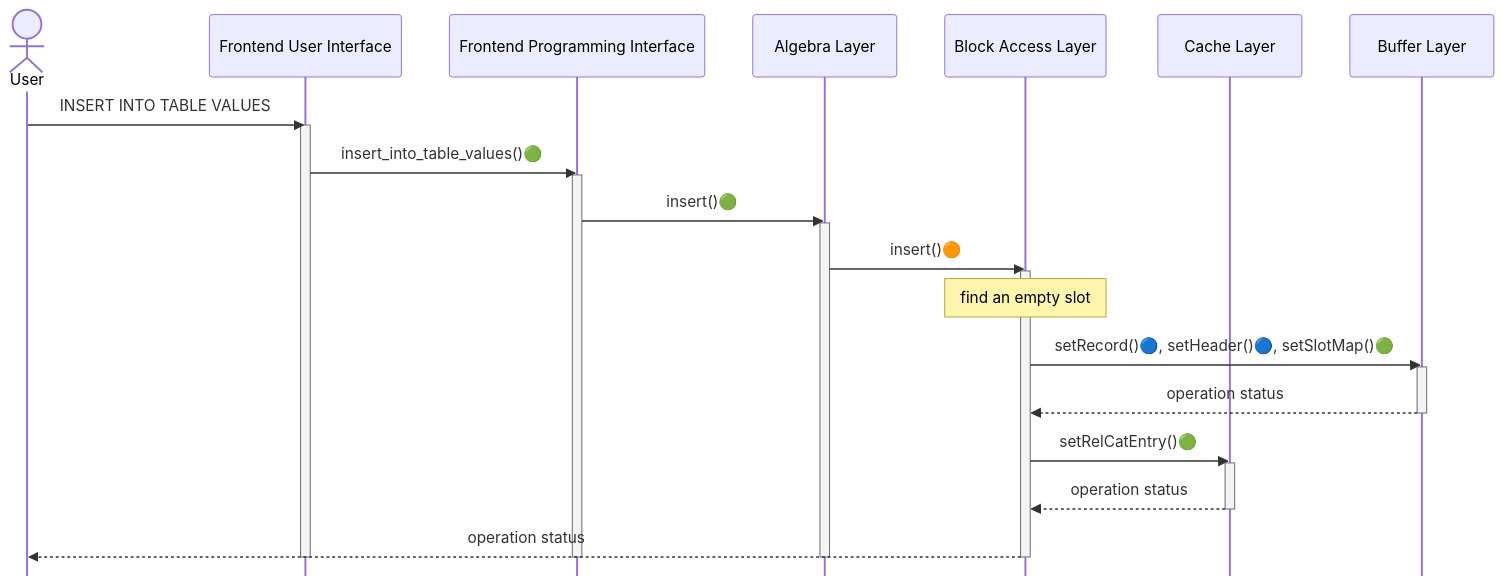
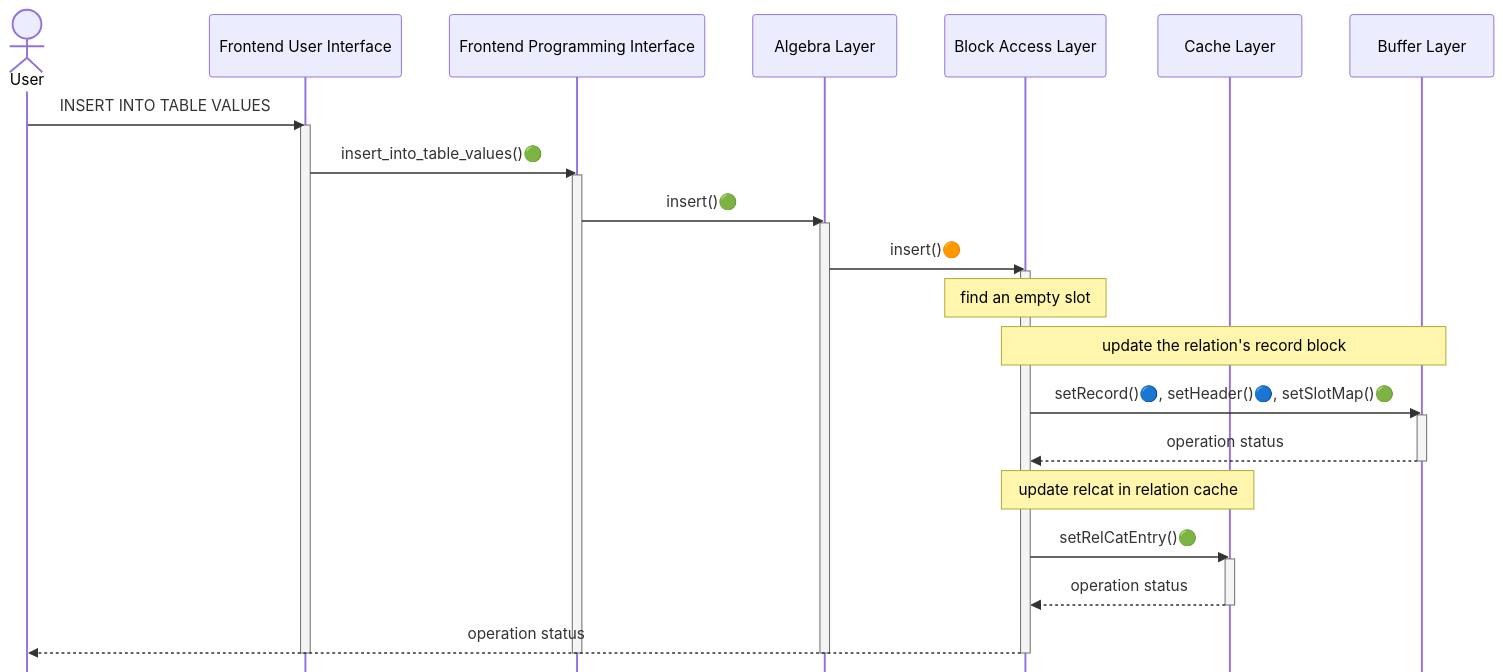
One commit to NITCbase/nitcbase.github.io changed the third of 6 diagrams in docs/Roadmap/Stage07.md. Above: the diagram before and after it, drawn with Mermaid. The commit also changed other lines of this file and 5 other files, not shown here.

````diff
--- a/docs/Roadmap/Stage07.md
+++ b/docs/Roadmap/Stage07.md
@@ -260,34 +260,36 @@
 ```mermaid
  %%{init: { 'sequence': {'mirrorActors':false} } }%%
 sequenceDiagram
   actor User
   participant Frontend User Interface
   participant Frontend Programming Interface
   participant Algebra Layer
   participant Block Access Layer
   participant Cache Layer
   participant Buffer Layer
   User->>Frontend User Interface: INSERT INTO TABLE VALUES
   activate Frontend User Interface
   Frontend User Interface->>Frontend Programming Interface :insert_into_table_values()🟢
   activate Frontend Programming Interface
   Frontend Programming Interface->>Algebra Layer:insert()🟢
   activate Algebra Layer
   Algebra Layer->>Block Access Layer:insert()🟠
   activate Block Access Layer
   Note over Block Access Layer, Block Access Layer: find an empty slot
+  Note over Block Access Layer, Buffer Layer: update the relation's record block
   Block Access Layer ->> Buffer Layer: setRecord()🔵, setHeader()🔵, setSlotMap()🟢
   activate Buffer Layer
   Buffer Layer-->>Block Access Layer:operation status
   deactivate Buffer Layer
+  Note over Block Access Layer, Cache Layer: update relcat in relation cache
   Block Access Layer->>Cache Layer:setRelCatEntry()🟢
   activate Cache Layer
   Cache Layer-->>Block Access Layer:operation status
   deactivate Cache Layer
   Block Access Layer-->>User:operation status
   deactivate Block Access Layer
   deactivate Algebra Layer
   deactivate Frontend Programming Interface
   deactivate Frontend User Interface
 
 ```
````
